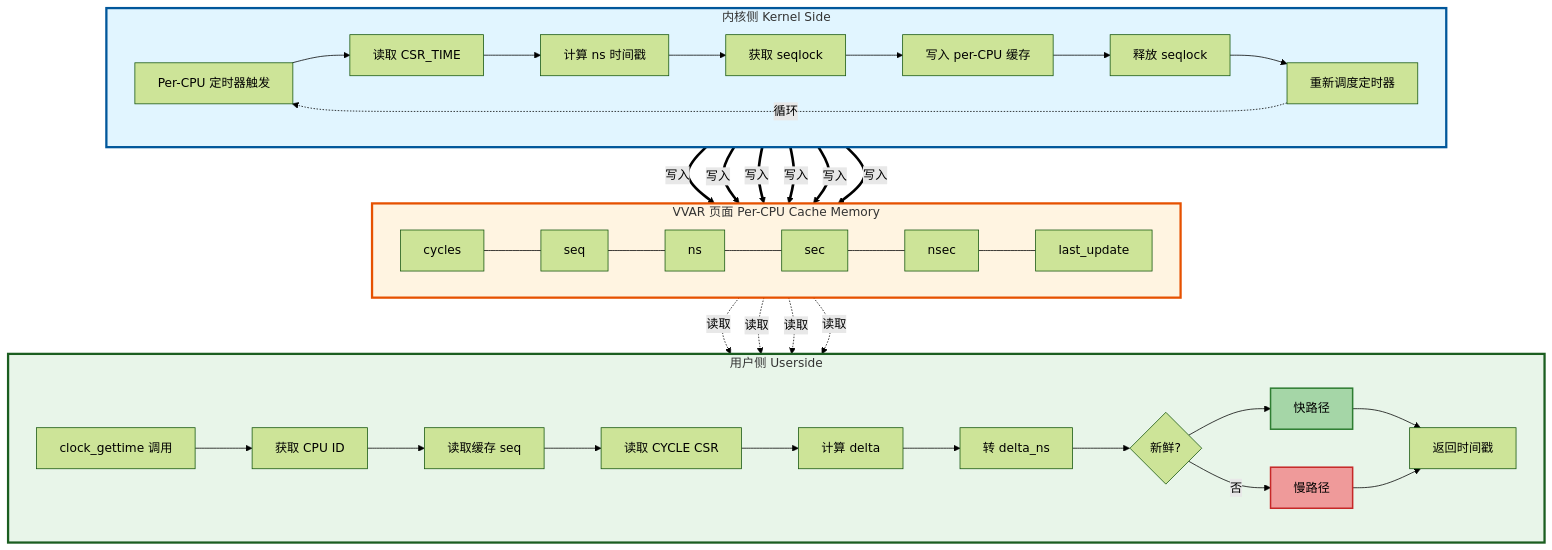
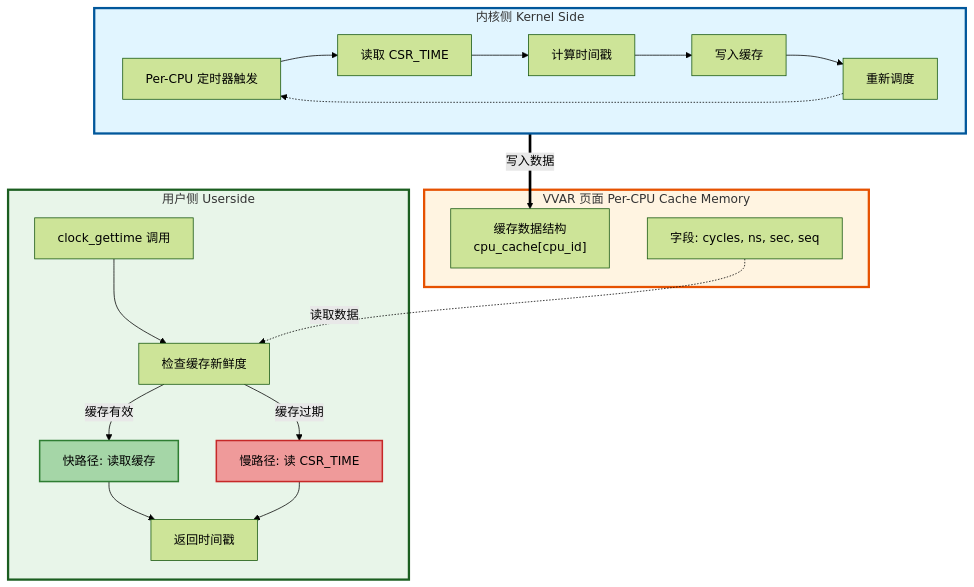
One commit to zcxGGmu/linux-riscv-docs changed the eighth of 8 diagrams in kernel/vdso/res/cc-glm/use-subagents/RISC-V_vDSO_时间戳缓存优化方案_完整版.md. Above: the diagram before and after it, drawn with Mermaid (forest theme). The commit also changed other lines of this file, not shown here.

Commit message:
docs: simplify A.3 data flow diagram for better readability
Simplify the diagram to reduce visual clutter:
- Kernel: 7 nodes -> 5 nodes
- VVAR: 6 nodes -> 2 nodes
- User: 10 nodes -> 5 nodes
- Shorter text labels for better visibility
- Cleaner connections between sections

The flow is now much easier to read while maintaining
all essential information.

````diff
--- a/kernel/vdso/res/cc-glm/use-subagents/RISC-V_vDSO_时间戳缓存优化方案_完整版.md
+++ b/kernel/vdso/res/cc-glm/use-subagents/RISC-V_vDSO_时间戳缓存优化方案_完整版.md
@@ -1623,38 +1623,42 @@
 ```mermaid
 flowchart TB
     subgraph KERNEL["内核侧 Kernel Side"]
-        direction LR
-        K1["Per-CPU 定时器触发"] --> K2["读取 CSR_TIME"] --> K3["计算 ns 时间戳"] --> K4["获取 seqlock"] --> K5["写入 per-CPU 缓存"] --> K6["释放 seqlock"] --> K7["重新调度定时器"]
-        K7 -.->|循环| K1
+        K1["Per-CPU 定时器触发"]
+        K2["读取 CSR_TIME"]
+        K3["计算时间戳"]
+        K4["写入缓存"]
+        K5["重新调度"]
+
+        K1 --> K2 --> K3 --> K4 --> K5
+        K5 -.-> K1
     end
 
     subgraph VVAR["VVAR 页面 Per-CPU Cache Memory"]
-        direction LR
-        V1["cycles"] --- V5["seq"] --- V2["ns"] --- V3["sec"] --- V4["nsec"] --- V6["last_update"]
+        V1["缓存数据结构<br/>cpu_cache[cpu_id]"]
+        V2["字段: cycles, ns, sec, seq"]
     end
 
     subgraph USER["用户侧 Userside"]
-        direction LR
-        U1["clock_gettime 调用"] --> U2["获取 CPU ID"] --> U3["读取缓存 seq"] --> U4["读取 CYCLE CSR"] --> U5["计算 delta"] --> U6["转 delta_ns"] --> U7{新鲜?} --> U8["快路径"] --> U10["返回时间戳"]
-        U7 -->|否| U9["慢路径"] --> U10
+        U1["clock_gettime 调用"]
+        U2["检查缓存新鲜度"]
+        U3["快路径: 读取缓存"]
+        U4["慢路径: 读 CSR_TIME"]
+        U5["返回时间戳"]
+
+        U1 --> U2
+        U2 -->|缓存有效| U3
+        U2 -->|缓存过期| U4
+        U3 --> U5
+        U4 --> U5
     end
 
     %% 数据流：上到下
-    KERNEL ==>|写入| V1
-    KERNEL ==>|写入| V2
-    KERNEL ==>|写入| V3
-    KERNEL ==>|写入| V4
-    KERNEL ==>|写入| V5
-    KERNEL ==>|写入| V6
-
-    V3 -.->|读取| U2
-    V5 -.->|读取| U3
-    V2 -.->|读取| U6
-    V3 -.->|读取| U8
+    KERNEL ==>|写入数据| V1
+    V2 -.->|读取数据| U2
 
     style KERNEL fill:#e1f5ff,stroke:#01579b,stroke-width:3px
     style VVAR fill:#fff4e1,stroke:#e65100,stroke-width:3px
     style USER fill:#e8f5e9,stroke:#1b5e20,stroke-width:3px
-    style U8 fill:#a5d6a7,stroke:#2e7d32,stroke-width:2px
-    style U9 fill:#ef9a9a,stroke:#c62828,stroke-width:2px
+    style U3 fill:#a5d6a7,stroke:#2e7d32,stroke-width:2px
+    style U4 fill:#ef9a9a,stroke:#c62828,stroke-width:2px
 ```
````
